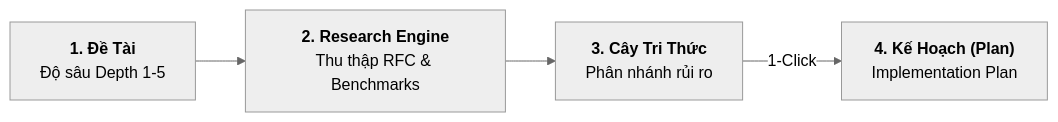
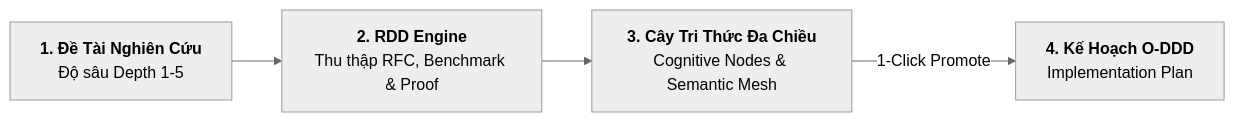
The diagram in content/docs/15-deep-research-engine.md (hainguyen011/Aevum-website), drawn with Mermaid (neutral theme) before and after one commit. The commit also changed other lines of this file and 46 other files, not shown here.

````diff
--- a/content/docs/15-deep-research-engine.md
+++ b/content/docs/15-deep-research-engine.md
@@ -14,6 +14,6 @@
 ```mermaid
 flowchart LR
-    S1["<b>1. Đề Tài</b><br/>Độ sâu Depth 1-5"] --> S2["<b>2. Research Engine</b><br/>Thu thập RFC & Benchmarks"]
-    S2 --> S3["<b>3. Cây Tri Thức</b><br/>Phân nhánh rủi ro"]
-    S3 -->|1-Click| S4["<b>4. Kế Hoạch (Plan)</b><br/>Implementation Plan"]
+    S1["<b>1. Đề Tài Nghiên Cứu</b><br/>Độ sâu Depth 1-5"] --> S2["<b>2. RDD Engine</b><br/>Thu thập RFC, Benchmark & Proof"]
+    S2 --> S3["<b>3. Cây Tri Thức Đa Chiều</b><br/>Cognitive Nodes & Semantic Mesh"]
+    S3 -->|1-Click Promote| S4["<b>4. Kế Hoạch O-DDD</b><br/>Implementation Plan"]
 ```
````
